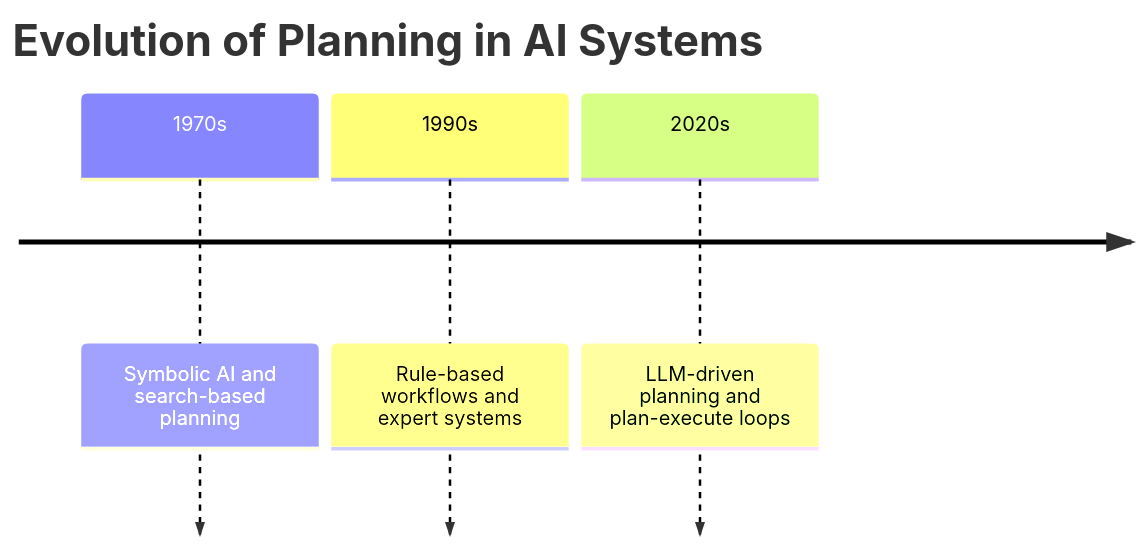
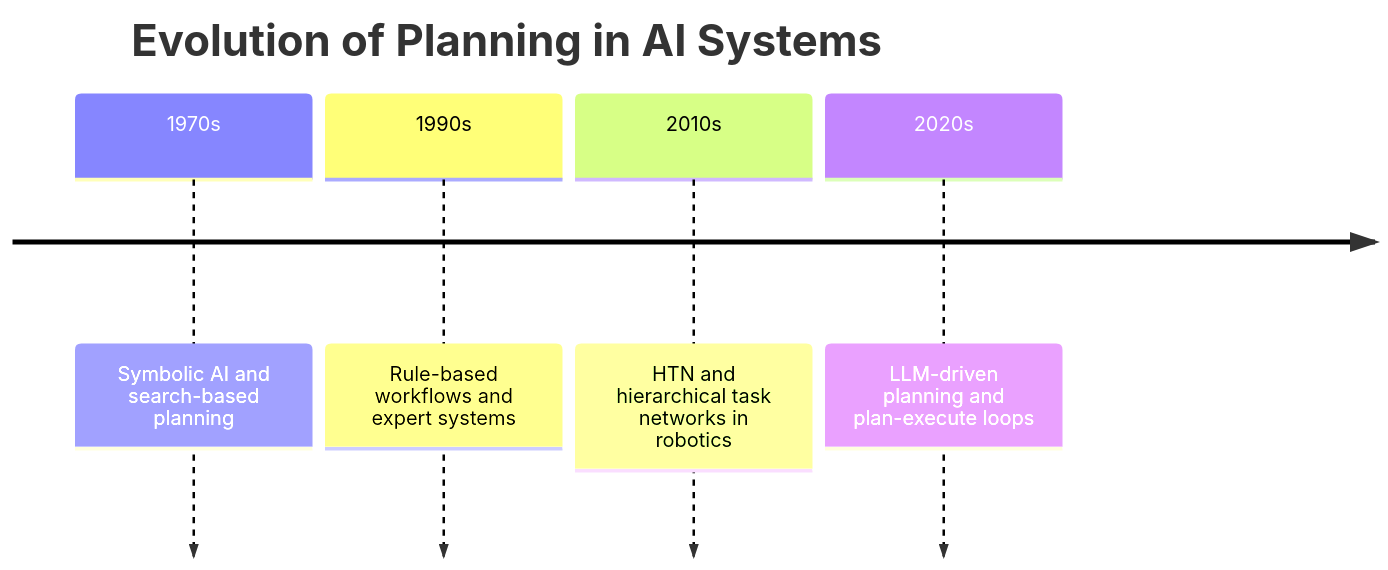
The second of 13 diagrams in day_23/day_23_planning.md (Asabeneh/30-Days-Of-AI-Engineering), drawn with Mermaid before and after one commit. The commit also changed other lines of this file and 49 other files, not shown here.

````diff
--- a/day_23/day_23_planning.md
+++ b/day_23/day_23_planning.md
@@ -92,7 +124,8 @@
 ```mermaid
 timeline
-        title Evolution of Planning in AI Systems
-        1970s : Symbolic AI and search-based planning
-        1990s : Rule-based workflows and expert systems
-        2020s : LLM-driven planning and plan-execute loops
+    title Evolution of Planning in AI Systems
+    1970s : Symbolic AI and search-based planning
+    1990s : Rule-based workflows and expert systems
+    2010s : HTN and hierarchical task networks in robotics
+    2020s : LLM-driven planning and plan-execute loops
 ```
````
